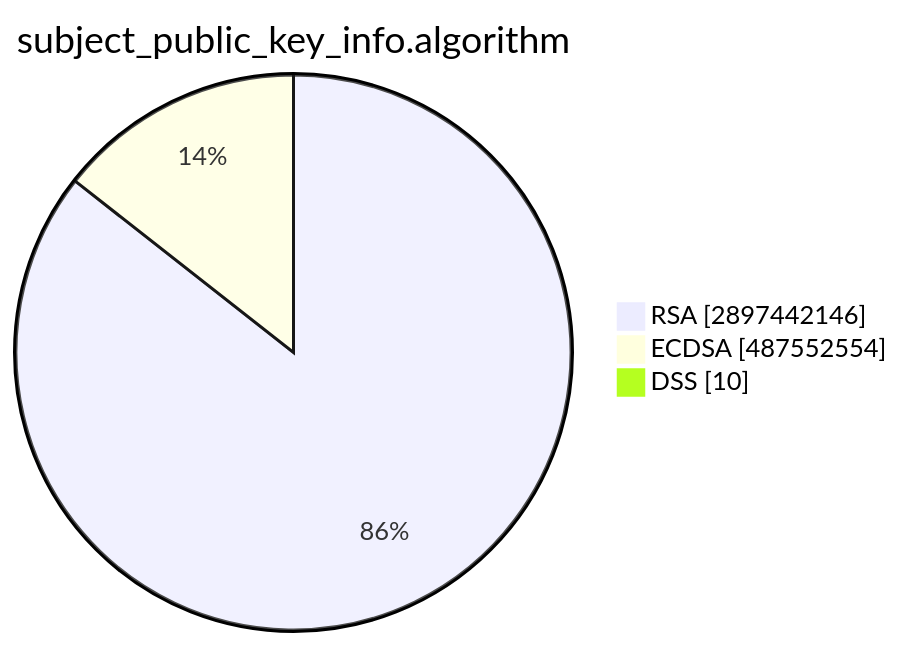
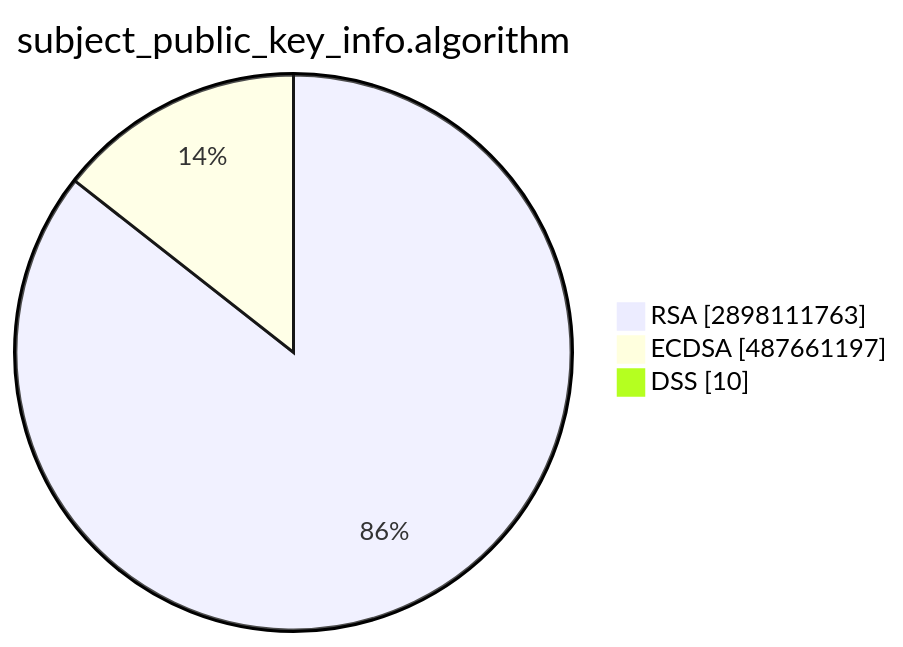
One commit to christiankrug/ctmonitor_visualization changed the second of 15 diagrams in TOTAL/README.md. Above: the diagram before and after it, drawn with Mermaid. The commit also changed other lines of this file, not shown here.

````diff
--- a/TOTAL/README.md
+++ b/TOTAL/README.md
@@ -6,7 +6,7 @@
 ```mermaid
 pie showData
 title subject_public_key_info.algorithm
-"RSA" :2897442146
-"ECDSA" :487552554
+"RSA" :2898111763
+"ECDSA" :487661197
 "DSS" :10
 ```
````
